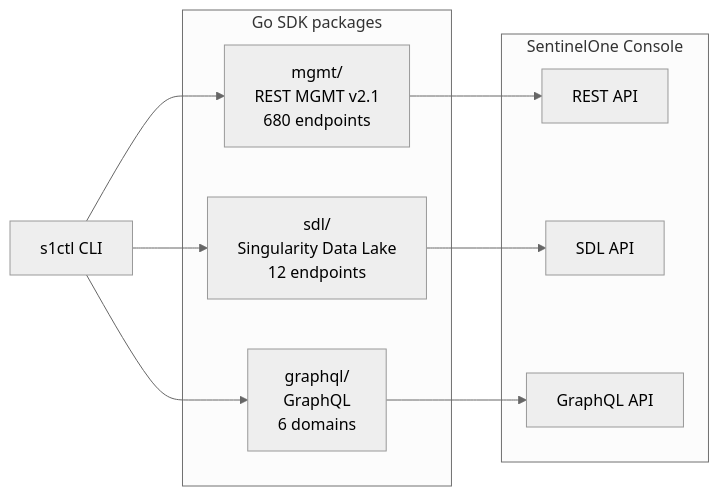
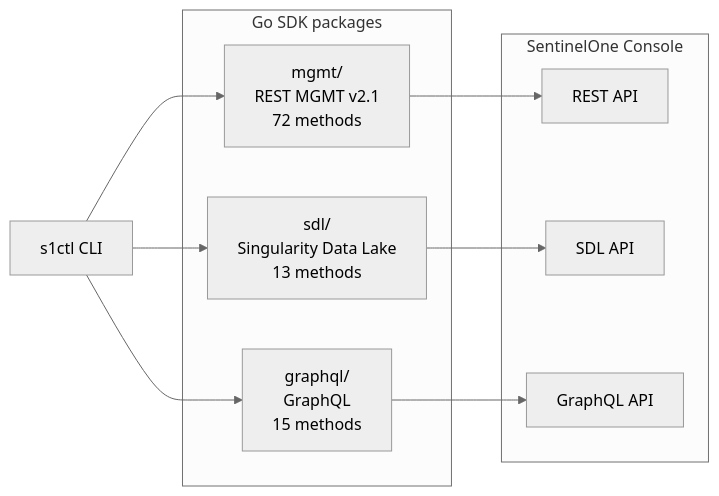
The diagram in docs/design/architecture.md (dannyota/s1ctl), drawn with Mermaid (neutral theme) before and after one commit. The commit also changed other lines of this file and 3 other files, not shown here.

````diff
--- a/docs/design/architecture.md
+++ b/docs/design/architecture.md
@@ -33,23 +33,23 @@
 ```mermaid
 flowchart LR
   CLI["s1ctl CLI"]
 
   subgraph SDK["Go SDK packages"]
-    MGMT["mgmt/<br/>REST MGMT v2.1<br/>680 endpoints"]
-    SDL["sdl/<br/>Singularity Data Lake<br/>12 endpoints"]
-    GQL["graphql/<br/>GraphQL<br/>6 domains"]
+    MGMT["mgmt/<br/>REST MGMT v2.1<br/>72 methods"]
+    SDL["sdl/<br/>Singularity Data Lake<br/>13 methods"]
+    GQL["graphql/<br/>GraphQL<br/>15 methods"]
   end
 
   subgraph S1["SentinelOne Console"]
     REST_API["REST API"]
     SDL_API["SDL API"]
     GQL_API["GraphQL API"]
   end
 
   CLI --> MGMT
   CLI --> SDL
   CLI --> GQL
   MGMT --> REST_API
   SDL --> SDL_API
   GQL --> GQL_API
 ```
````
